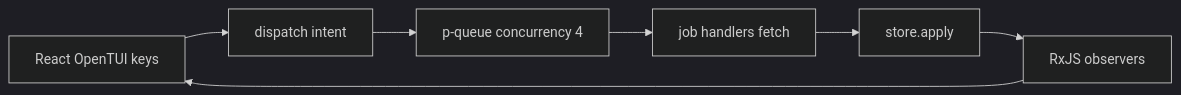
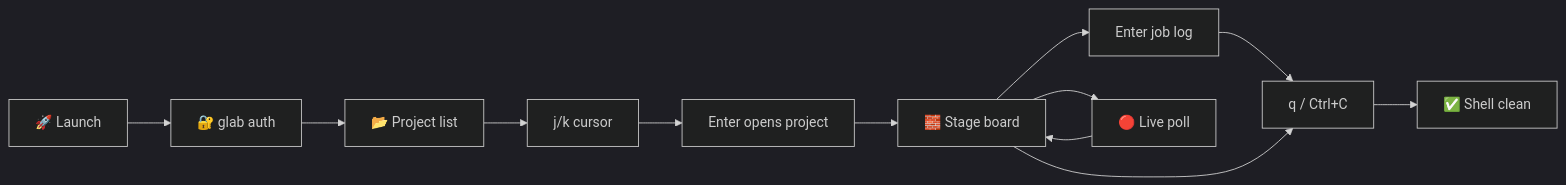
The diagram in README.md (farchanjo/ciview), drawn with Mermaid (dark theme) before and after one commit. The commit also changed other lines of this file and 9 other files, not shown here.

````diff
--- a/README.md
+++ b/README.md
@@ -56,9 +146,14 @@
 ```mermaid
 flowchart LR
-  UI[React OpenTUI keys] --> D[dispatch intent]
-  D --> Q["p-queue concurrency 4"]
-  Q --> H[job handlers fetch]
-  H --> S[store.apply]
-  S --> O[RxJS observers]
-  O --> UI
+  A[🚀 Launch] --> B[🔐 glab auth]
+  B --> C[📂 Project list]
+  C --> D[j/k cursor]
+  D --> E[Enter opens project]
+  E --> F[🧱 Stage board]
+  F --> G[Enter job log]
+  F --> H[🔴 Live poll]
+  H --> F
+  G --> I[q / Ctrl+C]
+  F --> I
+  I --> J[✅ Shell clean]
 ```
````
